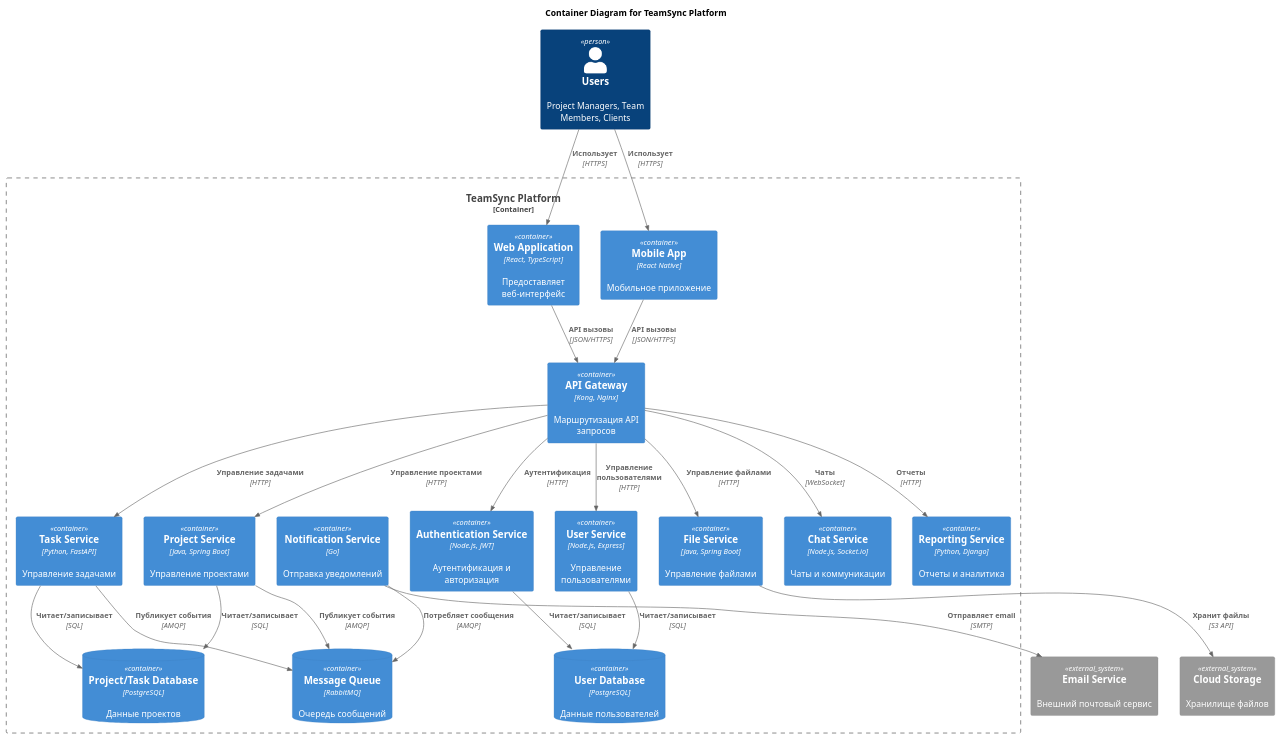
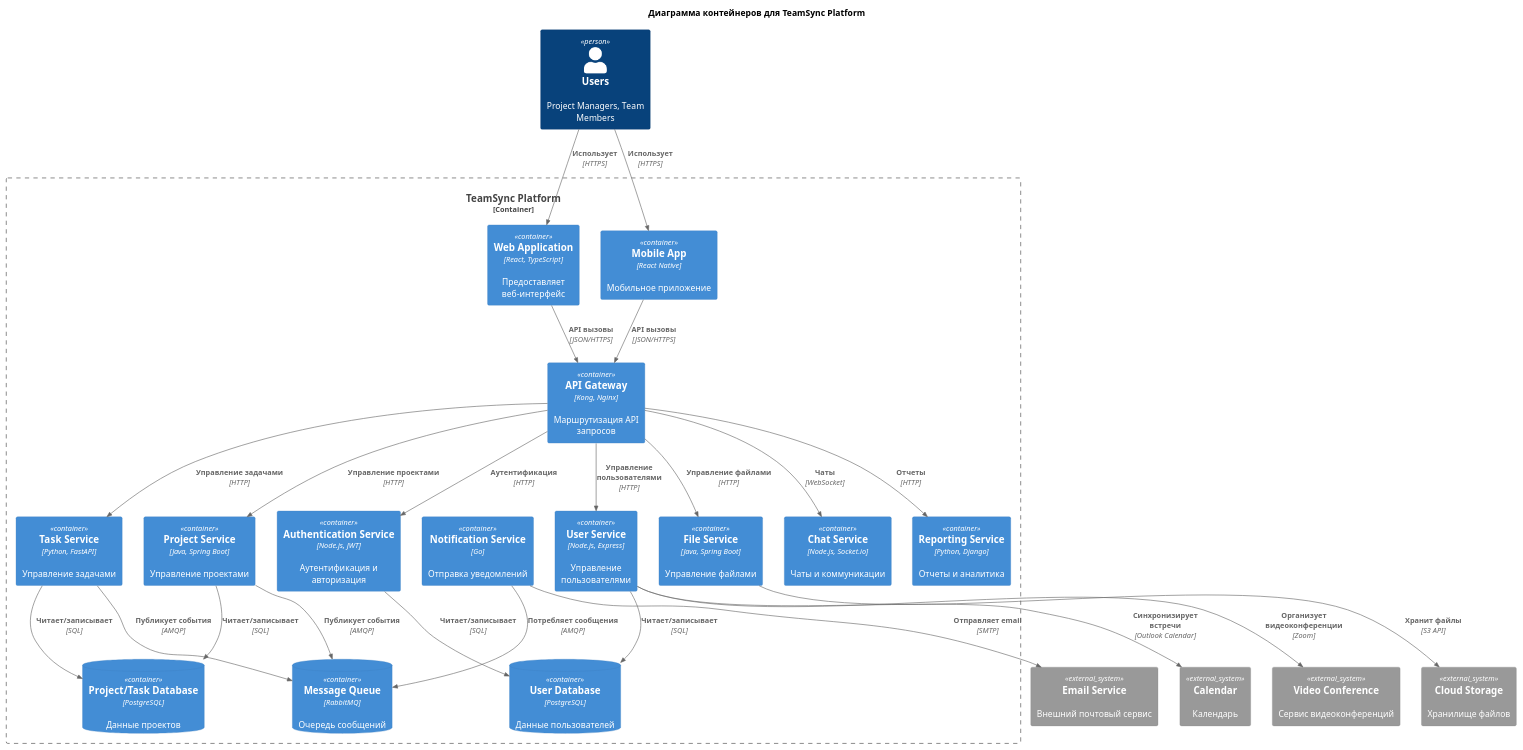
The diagram in diagrams/puml/C4_Container.puml (TatyanaCherednikova/TeamSync), drawn with PlantUML before and after one commit. The commit also changed 12 other files, not shown here.

Commit message:
added interaction diagrams

```diff
--- a/diagrams/puml/C4_Container.puml
+++ b/diagrams/puml/C4_Container.puml
@@ -1,56 +1,60 @@
 @startuml container
 !include https://raw.githubusercontent.com/plantuml-stdlib/C4-PlantUML/master/C4_Container.puml
 
-title Container Diagram for TeamSync Platform
+title Диаграмма контейнеров для TeamSync Platform
 
-Person(user, "Users", "Project Managers, Team Members, Clients")
+Person(user, "Users", "Project Managers, Team Members")
 
 Container_Boundary(c1, "TeamSync Platform") {
    Container(web, "Web Application", "React, TypeScript", "Предоставляет веб-интерфейс")
    Container(mobile, "Mobile App", "React Native", "Мобильное приложение")
    Container(api, "API Gateway", "Kong, Nginx", "Маршрутизация API запросов")
  
    Container(auth, "Authentication Service", "Node.js, JWT", "Аутентификация и авторизация")
    Container(project, "Project Service", "Java, Spring Boot", "Управление проектами")
    Container(task, "Task Service", "Python, FastAPI", "Управление задачами")
    Container(user_service, "User Service", "Node.js, Express", "Управление пользователями")
    Container(notification, "Notification Service", "Go", "Отправка уведомлений")
    Container(file, "File Service", "Java, Spring Boot", "Управление файлами")
    Container(chat, "Chat Service", "Node.js, Socket.io", "Чаты и коммуникации")
    Container(reporting, "Reporting Service", "Python, Django", "Отчеты и аналитика")
  
    ContainerDb(db_user, "User Database", "PostgreSQL", "Данные пользователей")
    ContainerDb(db_project_task, "Project/Task Database", "PostgreSQL", "Данные проектов")
    ContainerDb(queue, "Message Queue", "RabbitMQ", "Очередь сообщений")
 }
 
 System_Ext(email_ext, "Email Service", "Внешний почтовый сервис")
 System_Ext(storage_ext, "Cloud Storage", "Хранилище файлов")
+System_Ext(calendar, "Calendar", "Календарь")
+System_Ext(video, "Video Conference", "Сервис видеоконференций")
 
 Rel(user, web, "Использует", "HTTPS")
 Rel(user, mobile, "Использует", "HTTPS")
 
 Rel(web, api, "API вызовы", "JSON/HTTPS")
 Rel(mobile, api, "API вызовы", "JSON/HTTPS")
 
 Rel(api, auth, "Аутентификация", "HTTP")
 Rel(api, project, "Управление проектами", "HTTP")
 Rel(api, task, "Управление задачами", "HTTP")
 Rel(api, user_service, "Управление пользователями", "HTTP")
 Rel(api, file, "Управление файлами", "HTTP")
 Rel(api, chat, "Чаты", "WebSocket")
 Rel(api, reporting, "Отчеты", "HTTP")
 
 Rel(auth, db_user, "Читает/записывает", "SQL")
 Rel(user_service, db_user, "Читает/записывает", "SQL")
 Rel(project, db_project_task, "Читает/записывает", "SQL")
 Rel(task, db_project_task, "Читает/записывает", "SQL")
 
 Rel(notification, queue, "Потребляет сообщения", "AMQP")
 Rel(project, queue, "Публикует события", "AMQP")
 Rel(task, queue, "Публикует события", "AMQP")
 
 Rel(notification, email_ext, "Отправляет email", "SMTP")
 Rel(file, storage_ext, "Хранит файлы", "S3 API")
+Rel(user_service, calendar, "Синхронизирует встречи", "Outlook Calendar")
+Rel(user_service, video, "Организует видеоконференции", "Zoom")
 
 @enduml
```
